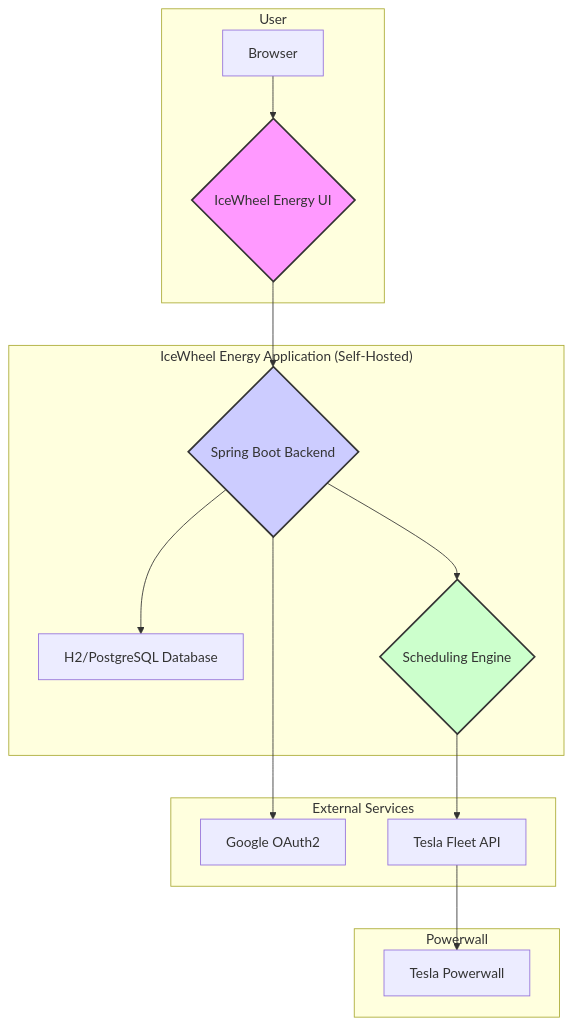
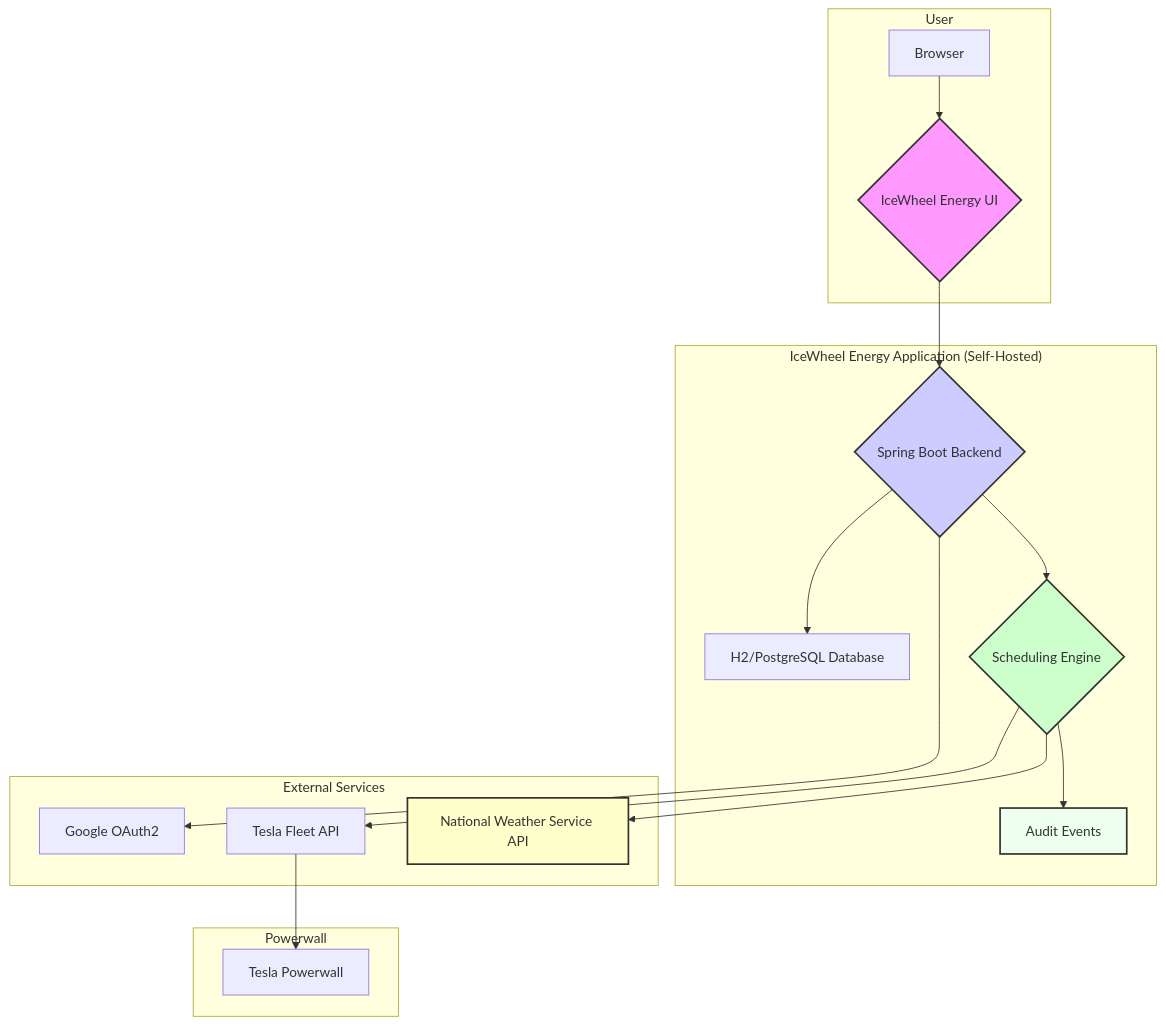
The diagram in docs/architecture/overview.md (icewheel-oss/icewheel-energy), drawn with Mermaid before and after one commit. The commit also changed other lines of this file, not shown here.

Commit message:
feat: updated architecture

````diff
--- a/docs/architecture/overview.md
+++ b/docs/architecture/overview.md
@@ -19,25 +20,29 @@
 ```mermaid
 graph TD
     subgraph User
         A[Browser] --> B{IceWheel Energy UI}
     end
 
     subgraph "IceWheel Energy Application (Self-Hosted)"
         B --> C{Spring Boot Backend}
         C --> D[H2/PostgreSQL Database]
         C --> E{Scheduling Engine}
+        E --> J[Audit Events]
     end
 
     subgraph "External Services"
         C --> F[Google OAuth2]
         E --> G[Tesla Fleet API]
+        E --> I[National Weather Service API]
     end
 
     subgraph Powerwall
         G --> H[Tesla Powerwall]
     end
 
     style B fill:#f9f,stroke:#333,stroke-width:2px
     style C fill:#ccf,stroke:#333,stroke-width:2px
     style E fill:#cfc,stroke:#333,stroke-width:2px
+    style I fill:#ffc,stroke:#333,stroke-width:2px
+    style J fill:#efe,stroke:#333,stroke-width:2px
 ```
````
